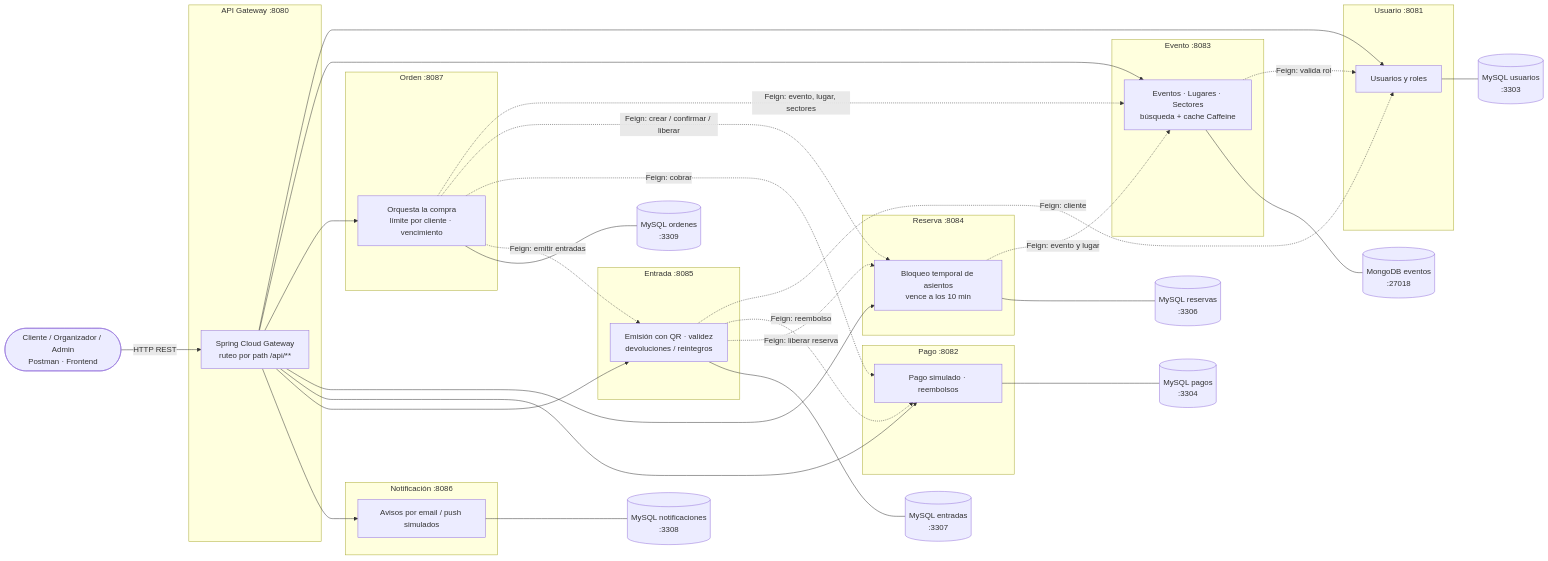
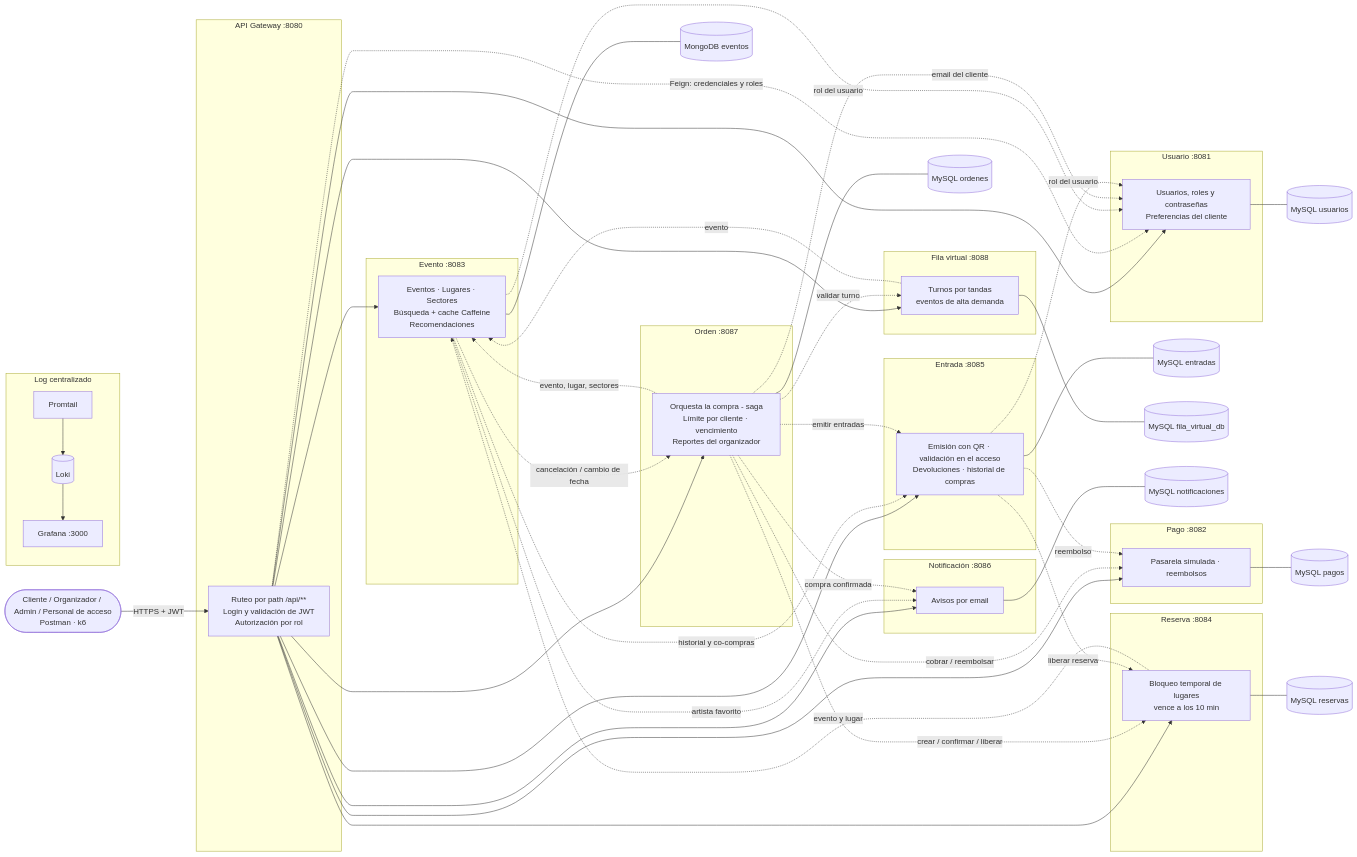
One commit to gonsalomon/TPs-Arquitecturas-Web changed the first of 10 diagrams in SistemaTicketYa/docs/diagramas.md. Above: the diagram before and after it, drawn with Mermaid. The commit also changed other lines of this file and 41 other files, not shown here.

Commit message:
Entrega 2: Docker por microservicio, compose unico, log centralizado, prueba de carga y documentacion

````diff
--- a/SistemaTicketYa/docs/diagramas.md
+++ b/SistemaTicketYa/docs/diagramas.md
@@ -15,59 +17,76 @@
 ```mermaid
 flowchart LR
-    C([Cliente / Organizador / Admin<br/>Postman · Frontend])
+    C([Cliente / Organizador / Admin / Personal de acceso<br/>Postman · k6])
 
     subgraph GW[API Gateway :8080]
-        G[Spring Cloud Gateway<br/>ruteo por path /api/**]
+        G[Ruteo por path /api/**<br/>Login y validación de JWT<br/>Autorización por rol]
     end
 
     subgraph US[Usuario :8081]
-        U[Usuarios y roles]
+        U[Usuarios, roles y contraseñas<br/>Preferencias del cliente]
     end
     subgraph EV[Evento :8083]
-        E[Eventos · Lugares · Sectores<br/>búsqueda + cache Caffeine]
+        E[Eventos · Lugares · Sectores<br/>Búsqueda + cache Caffeine<br/>Recomendaciones]
     end
     subgraph OR[Orden :8087]
-        O[Orquesta la compra<br/>límite por cliente · vencimiento]
+        O[Orquesta la compra - saga<br/>Límite por cliente · vencimiento<br/>Reportes del organizador]
     end
     subgraph RE[Reserva :8084]
-        R[Bloqueo temporal de asientos<br/>vence a los 10 min]
+        R[Bloqueo temporal de lugares<br/>vence a los 10 min]
     end
     subgraph PA[Pago :8082]
-        P[Pago simulado · reembolsos]
+        P[Pasarela simulada · reembolsos]
     end
     subgraph EN[Entrada :8085]
-        N[Emisión con QR · validez<br/>devoluciones / reintegros]
+        N[Emisión con QR · validación en el acceso<br/>Devoluciones · historial de compras]
+    end
+    subgraph FI[Fila virtual :8088]
+        F[Turnos por tandas<br/>eventos de alta demanda]
     end
     subgraph NO[Notificación :8086]
-        NT[Avisos por email / push simulados]
+        NT[Avisos por email]
     end
 
-    DBU[(MySQL usuarios<br/>:3303)]
-    DBE[(MongoDB eventos<br/>:27018)]
-    DBO[(MySQL ordenes<br/>:3309)]
-    DBR[(MySQL reservas<br/>:3306)]
-    DBP[(MySQL pagos<br/>:3304)]
-    DBN[(MySQL entradas<br/>:3307)]
-    DBT[(MySQL notificaciones<br/>:3308)]
+    DBU[(MySQL usuarios)]
+    DBE[(MongoDB eventos)]
+    DBO[(MySQL ordenes)]
+    DBR[(MySQL reservas)]
+    DBP[(MySQL pagos)]
+    DBN[(MySQL entradas)]
+    DBF[(MySQL fila_virtual_db)]
+    DBT[(MySQL notificaciones)]
 
-    C -->|HTTP REST| G
-    G --> U & E & O & R & P & N & NT
+    subgraph LOG[Log centralizado]
+        PT[Promtail] --> LK[(Loki)] --> GF[Grafana :3000]
+    end
 
-    E -.->|Feign: valida rol| U
-    O -.->|Feign: evento, lugar, sectores| E
-    O -.->|Feign: crear / confirmar / liberar| R
-    O -.->|Feign: cobrar| P
-    O -.->|Feign: emitir entradas| N
-    R -.->|Feign: evento y lugar| E
-    N -.->|Feign: cliente| U
-    N -.->|Feign: reembolso| P
-    N -.->|Feign: liberar reserva| R
+    C -->|HTTPS + JWT| G
+    G --> U & E & O & R & P & N & F & NT
+    G -.->|Feign: credenciales y roles| U
+
+    E -.->|rol del usuario| U
+    E -.->|cancelación / cambio de fecha| O
+    E -.->|historial y co-compras| N
+    E -.->|artista favorito| NT
+    O -.->|evento, lugar, sectores| E
+    O -.->|crear / confirmar / liberar| R
+    O -.->|cobrar / reembolsar| P
+    O -.->|emitir entradas| N
+    O -.->|validar turno| F
+    O -.->|email del cliente| U
+    O -.->|compra confirmada| NT
+    R -.->|evento y lugar| E
+    F -.->|evento| E
+    N -.->|rol del usuario| U
+    N -.->|reembolso| P
+    N -.->|liberar reserva| R
 
     U --- DBU
     E --- DBE
     O --- DBO
     R --- DBR
     P --- DBP
     N --- DBN
+    F --- DBF
     NT --- DBT
 ```
````
